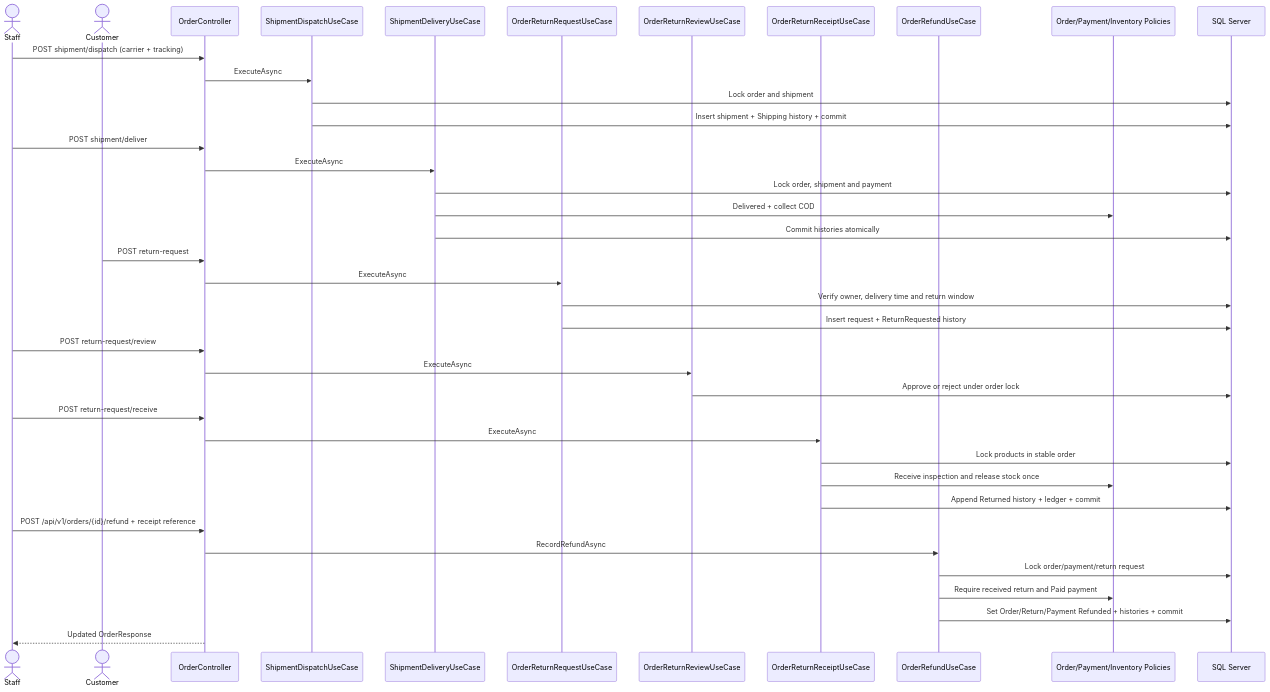
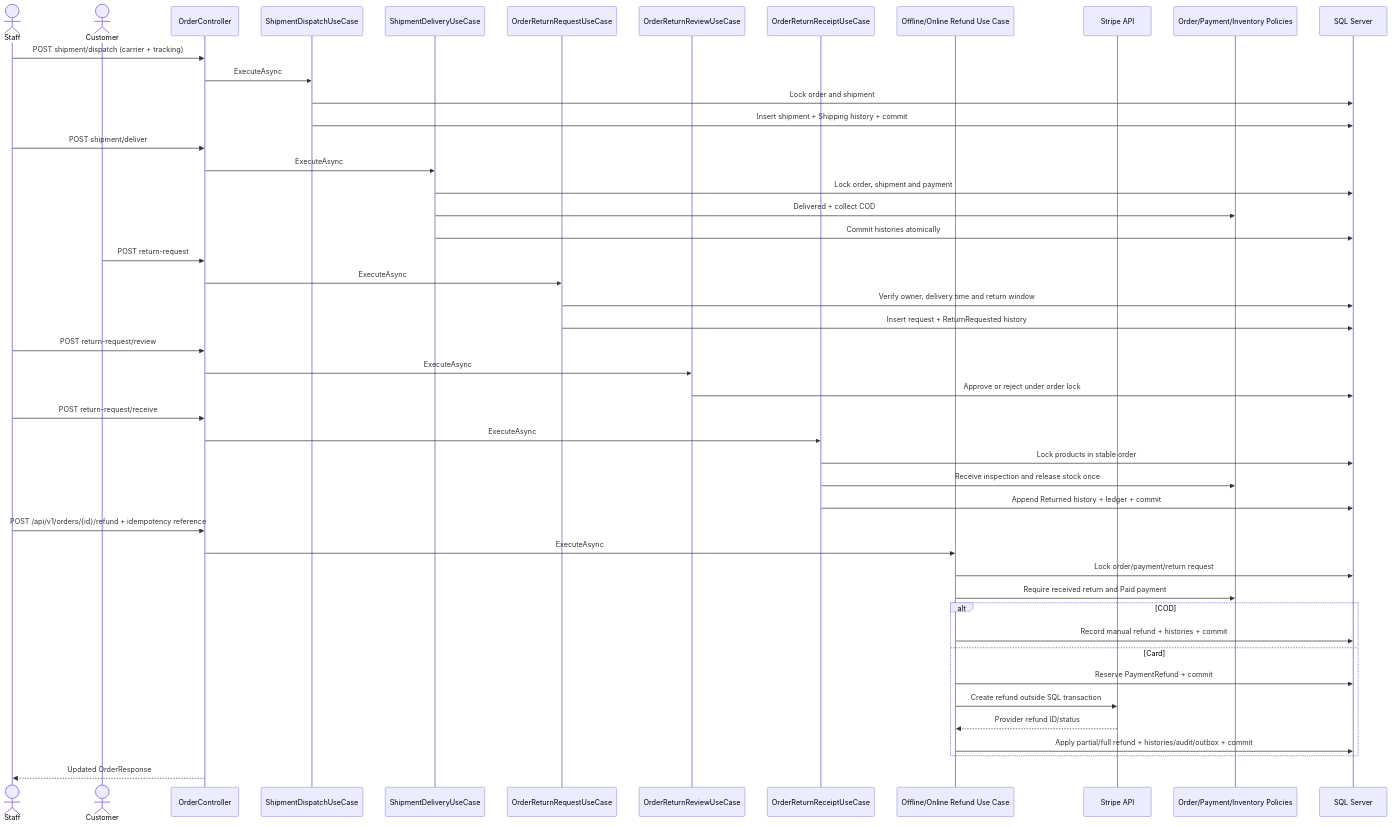
The third of 4 diagrams in docs/SEQUENCES.md (Giapnocap/ECommerceBackend), drawn with Mermaid before and after one commit. The commit also changed other lines of this file and 27 other files, not shown here.

````diff
--- a/docs/SEQUENCES.md
+++ b/docs/SEQUENCES.md
@@ -67,45 +82,53 @@
 ```mermaid
 sequenceDiagram
     actor Staff
     actor Customer
     participant API as OrderController
     participant Dispatch as ShipmentDispatchUseCase
     participant Delivery as ShipmentDeliveryUseCase
     participant ReturnRequest as OrderReturnRequestUseCase
     participant ReturnReview as OrderReturnReviewUseCase
     participant ReturnReceipt as OrderReturnReceiptUseCase
-    participant Refund as OrderRefundUseCase
+    participant Refund as Offline/Online Refund Use Case
+    participant Gateway as Stripe API
     participant Rules as Order/Payment/Inventory Policies
     participant DB as SQL Server
 
     Staff->>API: POST shipment/dispatch (carrier + tracking)
     API->>Dispatch: ExecuteAsync
     Dispatch->>DB: Lock order and shipment
     Dispatch->>DB: Insert shipment + Shipping history + commit
 
     Staff->>API: POST shipment/deliver
     API->>Delivery: ExecuteAsync
     Delivery->>DB: Lock order, shipment and payment
     Delivery->>Rules: Delivered + collect COD
     Delivery->>DB: Commit histories atomically
 
     Customer->>API: POST return-request
     API->>ReturnRequest: ExecuteAsync
     ReturnRequest->>DB: Verify owner, delivery time and return window
     ReturnRequest->>DB: Insert request + ReturnRequested history
     Staff->>API: POST return-request/review
     API->>ReturnReview: ExecuteAsync
     ReturnReview->>DB: Approve or reject under order lock
     Staff->>API: POST return-request/receive
     API->>ReturnReceipt: ExecuteAsync
     ReturnReceipt->>DB: Lock products in stable order
     ReturnReceipt->>Rules: Receive inspection and release stock once
     ReturnReceipt->>DB: Append Returned history + ledger + commit
 
-    Staff->>API: POST /api/v1/orders/{id}/refund + receipt reference
-    API->>Refund: RecordRefundAsync
+    Staff->>API: POST /api/v1/orders/{id}/refund + idempotency reference
+    API->>Refund: ExecuteAsync
     Refund->>DB: Lock order/payment/return request
     Refund->>Rules: Require received return and Paid payment
-    Refund->>DB: Set Order/Return/Payment Refunded + histories + commit
+    alt COD
+        Refund->>DB: Record manual refund + histories + commit
+    else Card
+        Refund->>DB: Reserve PaymentRefund + commit
+        Refund->>Gateway: Create refund outside SQL transaction
+        Gateway-->>Refund: Provider refund ID/status
+        Refund->>DB: Apply partial/full refund + histories/audit/outbox + commit
+    end
     API-->>Staff: Updated OrderResponse
 ```
````
